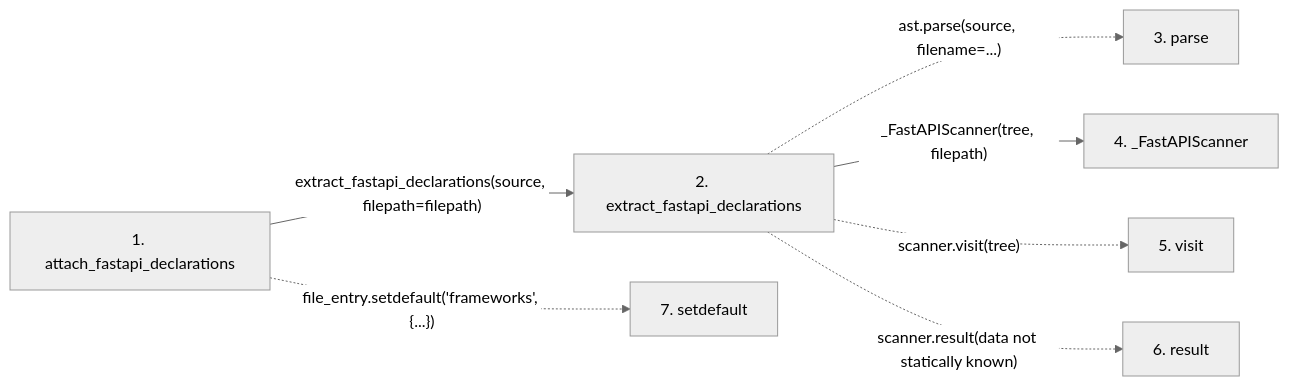
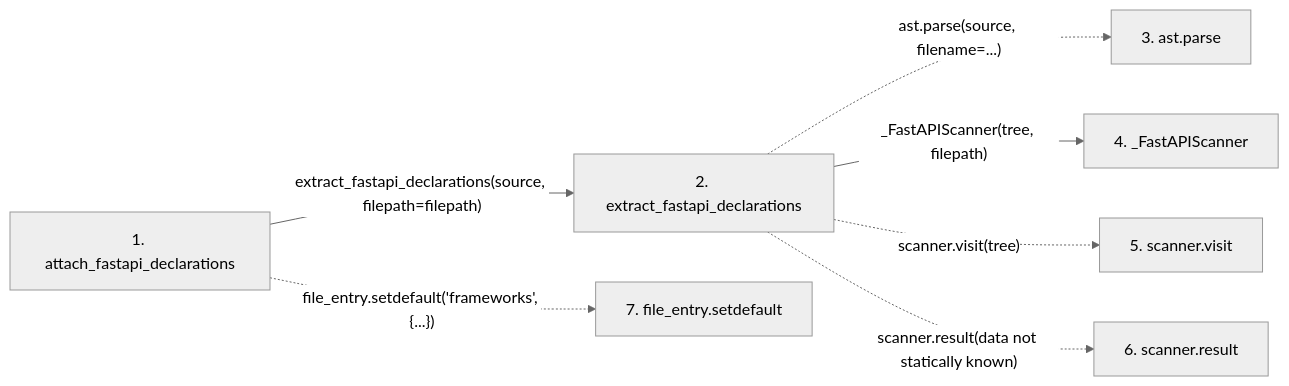
Before and after one commit to Denissvgn/python-wiki-llm: the second of 2 diagrams in docs/llm_wiki/flows/api-attach_fastapi_declarations.md, drawn with Mermaid (neutral theme). The commit also changed other lines of this file and 719 other files, not shown here.

````diff
--- a/docs/llm_wiki/flows/api-attach_fastapi_declarations.md
+++ b/docs/llm_wiki/flows/api-attach_fastapi_declarations.md
@@ -30,19 +30,19 @@
 ```mermaid
 flowchart LR
     s1["1. attach_fastapi_declarations"]
     s2["2. extract_fastapi_declarations"]
-    s3["3. parse"]
+    s3["3. ast.parse"]
     s4["4. _FastAPIScanner"]
-    s5["5. visit"]
-    s6["6. result"]
-    s7["7. setdefault"]
+    s5["5. scanner.visit"]
+    s6["6. scanner.result"]
+    s7["7. file_entry.setdefault"]
     s1 -->|"extract_fastapi_declarations(source, filepath=filepath)"| s2
     s2 -. "ast.parse(source, filename=...)" .-> s3
     s2 -->|"_FastAPIScanner(tree, filepath)"| s4
     s2 -. "scanner.visit(tree)" .-> s5
     s2 -. "scanner.result(data not statically known)" .-> s6
     s1 -. "file_entry.setdefault('frameworks', {...})" .-> s7
     click s1 "../modules/fastapi_contracts.md"
     click s2 "../modules/fastapi_contracts.md"
     click s4 "../modules/fastapi_contracts.md"
 ```
````
